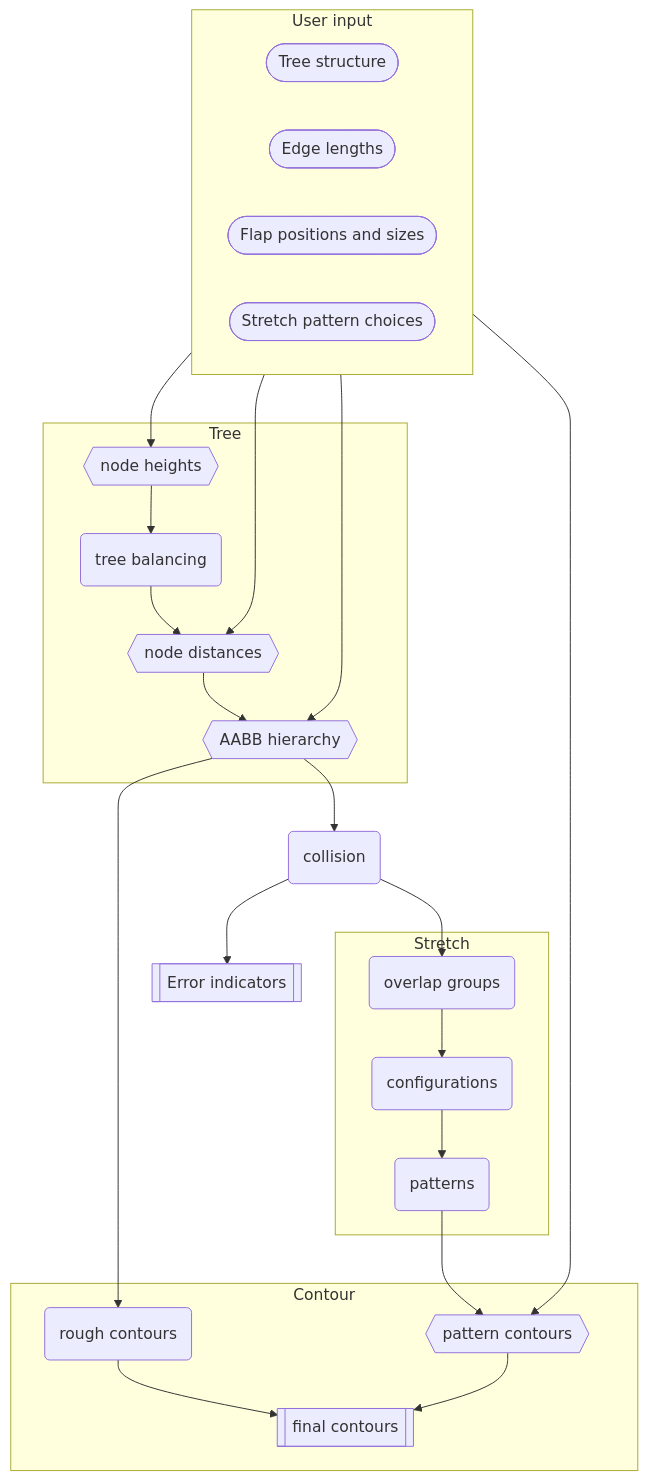
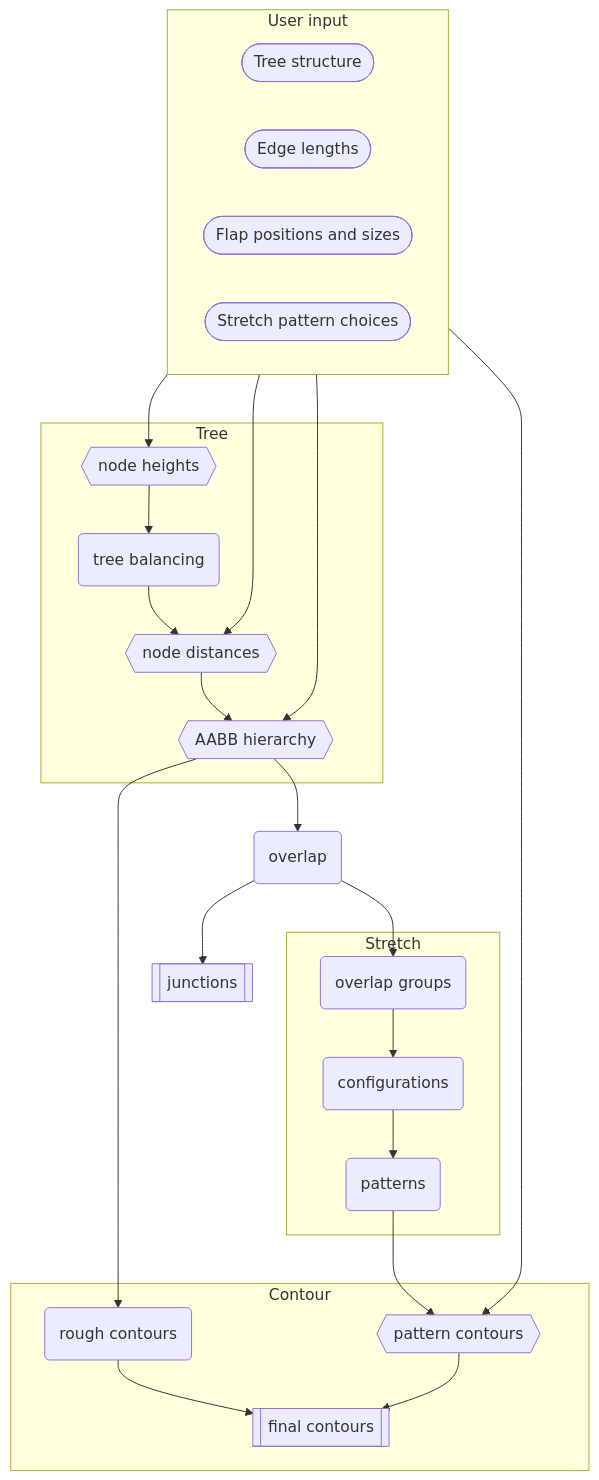
The diagram in src/core/README.md (bp-studio/box-pleating-studio), drawn with Mermaid before and after one commit. The commit also changed 24 other files, not shown here.

````diff
--- a/src/core/README.md
+++ b/src/core/README.md
@@ -16,35 +16,35 @@
 ```mermaid
 flowchart TB
 subgraph User input
 	direction LR
 	T([Tree structure])
 	L([Edge lengths])
 	F([Flap positions and sizes])
 	P([Stretch pattern choices])
 end
 subgraph Tree
 	h{{node heights}}
 	b(tree balancing)
 	d{{node distances}}
 	a{{AABB hierarchy}}
 end
-k(collision)
-e[[Error indicators]]
+o(overlap)
+j[[junctions]]
 subgraph Stretch
 	g(overlap groups)
 	c(configurations)
 	p(patterns)
 end
 subgraph Contour
 	rc(rough contours)
 	pc{{pattern contours}}
 	fc[[final contours]]
 end
 
 T --> h --> b
 b & L --> d
 d & F --> a --> rc --> fc
-a --> k --> e & g
+a --> o --> j & g
 g --> c --> p
 p & P --> pc --> fc
 ```
````
